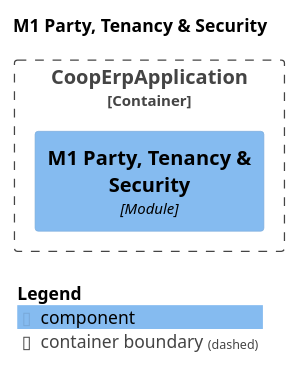
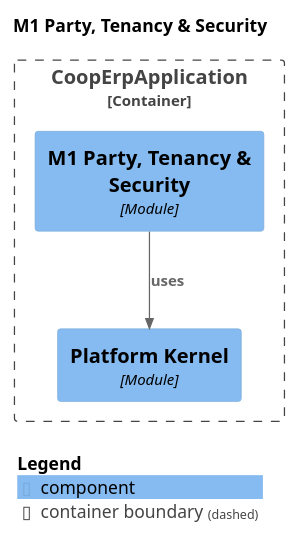
Before and after one commit to Knoweb/COOP_ERP: the diagram in docs/modules/module-m1party.puml, drawn with PlantUML. The commit also changed 17 other files, not shown here.

```diff
--- a/docs/modules/module-m1party.puml
+++ b/docs/modules/module-m1party.puml
@@ -1,17 +1,19 @@
 @startuml
 set separator none
 title M1 Party, Tenancy & Security
 
 top to bottom direction
 
 !include <C4/C4>
 !include <C4/C4_Context>
 !include <C4/C4_Component>
 
 Container_Boundary("CoopErpApplication.CoopErpApplication_boundary", "CoopErpApplication", $tags="") {
+  Component(CoopErpApplication.CoopErpApplication.PlatformKernel, "Platform Kernel", $techn="Module", $descr="", $tags="", $link="")
   Component(CoopErpApplication.CoopErpApplication.M1PartyTenancySecurity, "M1 Party, Tenancy & Security", $techn="Module", $descr="", $tags="", $link="")
 }
 
+Rel(CoopErpApplication.CoopErpApplication.M1PartyTenancySecurity, CoopErpApplication.CoopErpApplication.PlatformKernel, "uses", $techn="", $tags="", $link="")
 
 SHOW_LEGEND(true)
 @enduml
```
